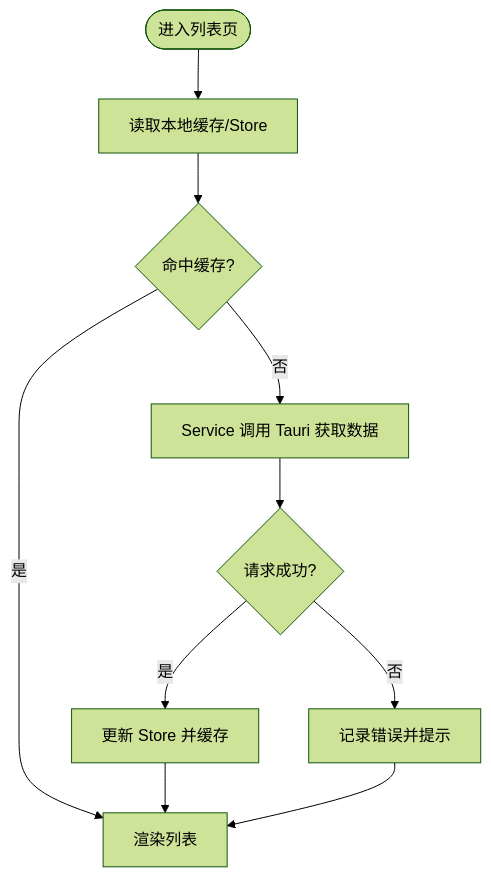
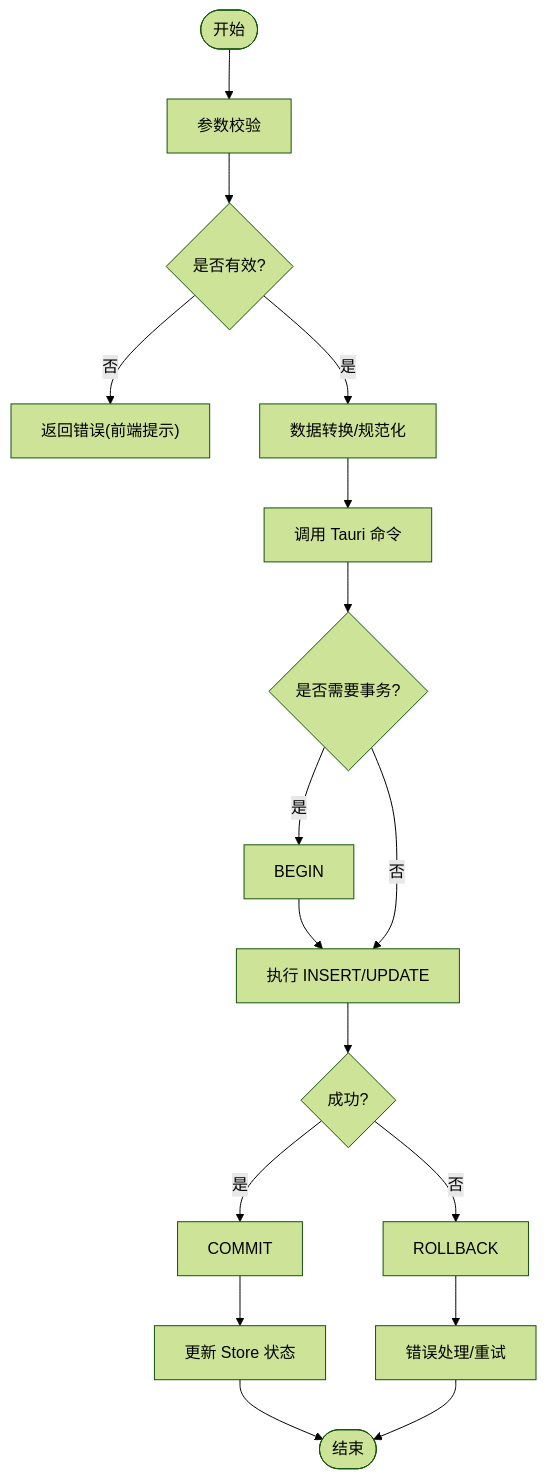
One commit to gzdxhujiale/FishWorker changed the third of 6 diagrams in .qoder/repowiki/zh/content/架构设计/数据流设计.md. Above: the diagram before and after it, drawn with Mermaid (forest theme). The commit also changed other lines of this file and 238 other files, not shown here.

````diff
--- a/.qoder/repowiki/zh/content/架构设计/数据流设计.md
+++ b/.qoder/repowiki/zh/content/架构设计/数据流设计.md
@@ -174,12 +162,19 @@
 ```mermaid
 flowchart TD
-Start(["进入列表页"]) --> Load["读取本地缓存/Store"]
-Load --> CacheHit{"命中缓存?"}
-CacheHit --> |是| Render["渲染列表"]
-CacheHit --> |否| Fetch["Service 调用 Tauri 获取数据"]
-Fetch --> Ok{"请求成功?"}
-Ok --> |是| Update["更新 Store 并缓存"]
-Ok --> |否| Error["记录错误并提示"]
-Update --> Render
-Error --> Render
+Start(["开始"]) --> Validate["参数校验"]
+Validate --> Valid{"是否有效?"}
+Valid --> |否| ReturnErr["返回错误(前端提示)"]
+Valid --> |是| Transform["数据转换/规范化"]
+Transform --> CallTauri["调用 Tauri 命令"]
+CallTauri --> Txn{"是否需要事务?"}
+Txn --> |是| BeginTx["BEGIN"]
+BeginTx --> ExecSQL["执行 INSERT/UPDATE"]
+Txn --> |否| ExecSQL
+ExecSQL --> Commit{"成功?"}
+Commit --> |是| CommitTx["COMMIT"]
+Commit --> |否| Rollback["ROLLBACK"]
+CommitTx --> UpdateStore["更新 Store 状态"]
+Rollback --> HandleErr["错误处理/重试"]
+UpdateStore --> End(["结束"])
+HandleErr --> End
 ```
````
